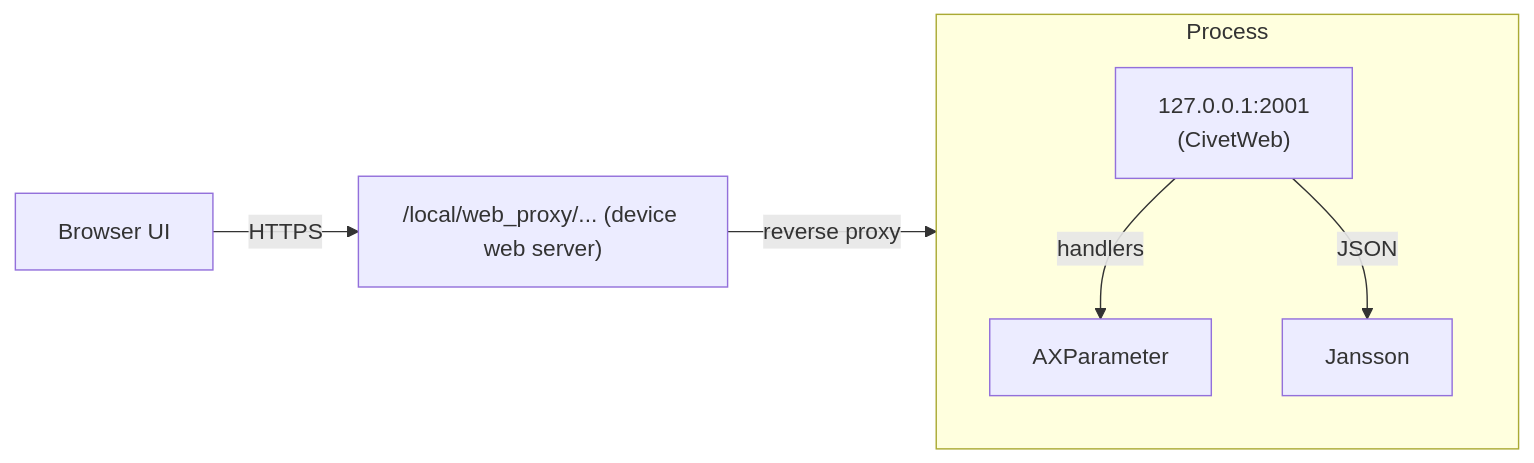
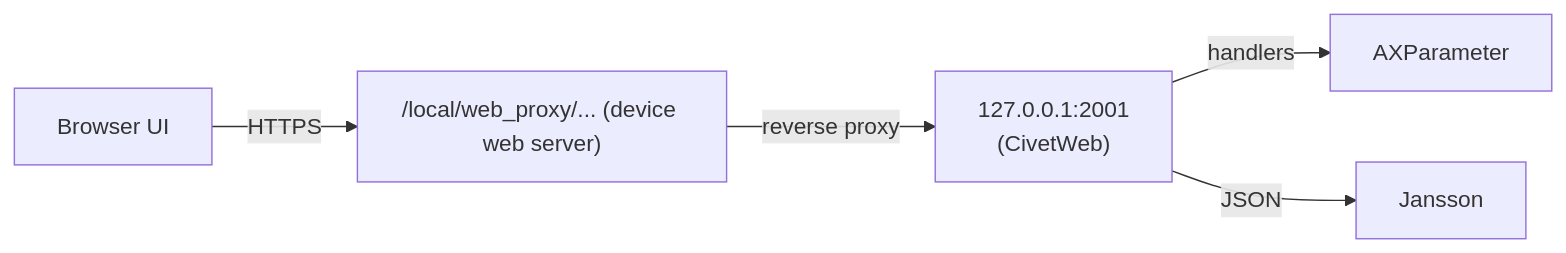
One commit to losamtz/axis-acap-tip-workshop changed the diagram in webserver-proxy/web-proxy/README.md. Above: the diagram before and after it, drawn with Mermaid.

````diff
--- a/webserver-proxy/web-proxy/README.md
+++ b/webserver-proxy/web-proxy/README.md
@@ -60,21 +60,16 @@
 ```mermaid
 flowchart LR
   A[Browser UI]
   B["/local/web_proxy/... (device web server)"]
   C["127.0.0.1:2001<br/>(CivetWeb)"]
   D[AXParameter]
   E[Jansson]
 
   A -- HTTPS --> B
   B -- reverse proxy --> C
   C -- handlers --> D
   C -- JSON --> E
 
-  subgraph Process
-    direction TB
-    C
-    D
-    E
-  end
+  
 
 ```
````
